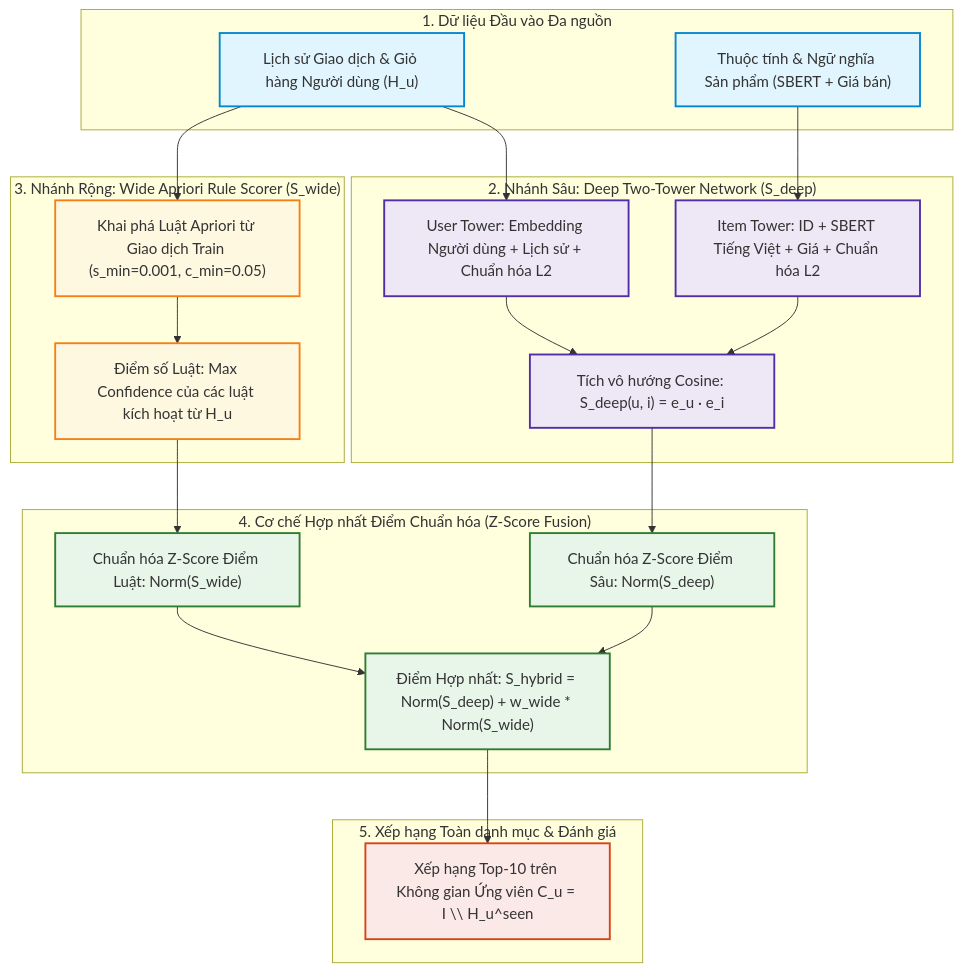
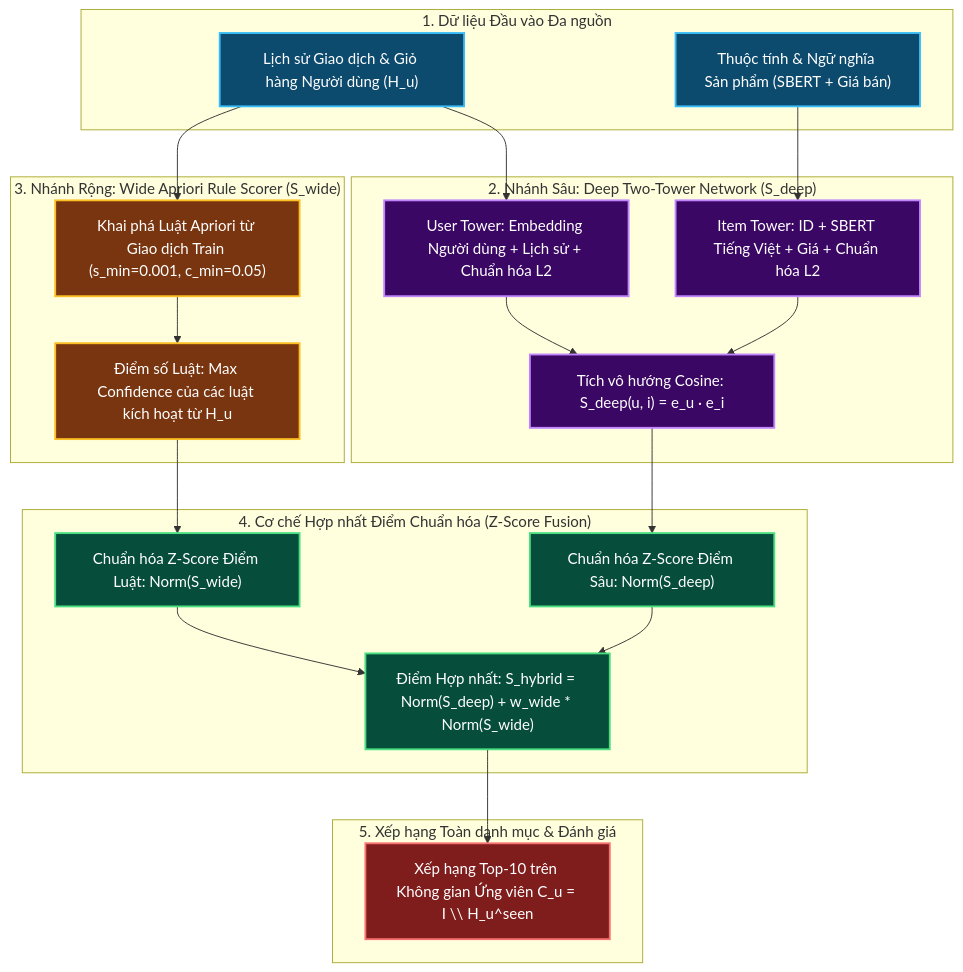
The diagram in thesis/paper/overview/paper-executive-summary.md (PhatNguyenTT2/Mini-Mart), drawn with Mermaid before and after one commit. The commit also changed 1 other file, not shown here.

Commit message:
fix font in mermaid

````diff
--- a/thesis/paper/overview/paper-executive-summary.md
+++ b/thesis/paper/overview/paper-executive-summary.md
@@ -17,52 +17,52 @@
 ```mermaid
 graph TD
     subgraph INPUTS ["1. Dữ liệu Đầu vào Đa nguồn"]
         U_IN["Lịch sử Giao dịch & Giỏ hàng Người dùng (H_u)"]
         I_IN["Thuộc tính & Ngữ nghĩa Sản phẩm (SBERT + Giá bán)"]
     end
 
     subgraph DEEP_TOWER ["2. Nhánh Sâu: Deep Two-Tower Network (S_deep)"]
         UT["User Tower: Embedding Người dùng + Lịch sử + Chuẩn hóa L2"]
         IT["Item Tower: ID + SBERT Tiếng Việt + Giá + Chuẩn hóa L2"]
         DOT["Tích vô hướng Cosine: S_deep(u, i) = e_u · e_i"]
         U_IN --> UT
         I_IN --> IT
         UT --> DOT
         IT --> DOT
     end
 
     subgraph WIDE_RULE ["3. Nhánh Rộng: Wide Apriori Rule Scorer (S_wide)"]
         AR["Khai phá Luật Apriori từ Giao dịch Train (s_min=0.001, c_min=0.05)"]
         MC["Điểm số Luật: Max Confidence của các luật kích hoạt từ H_u"]
         U_IN --> AR
         AR --> MC
     end
 
     subgraph FUSION ["4. Cơ chế Hợp nhất Điểm Chuẩn hóa (Z-Score Fusion)"]
         NORM_DEEP["Chuẩn hóa Z-Score Điểm Sâu: Norm(S_deep)"]
         NORM_WIDE["Chuẩn hóa Z-Score Điểm Luật: Norm(S_wide)"]
         HYBRID["Điểm Hợp nhất: S_hybrid = Norm(S_deep) + w_wide * Norm(S_wide)"]
         DOT --> NORM_DEEP
         MC --> NORM_WIDE
         NORM_DEEP --> HYBRID
         NORM_WIDE --> HYBRID
     end
 
     subgraph OUTPUT ["5. Xếp hạng Toàn danh mục & Đánh giá"]
         RANK["Xếp hạng Top-10 trên Không gian Ứng viên C_u = I \\ H_u^seen"]
         HYBRID --> RANK
     end
 
-    classDef default fill:#fcfcfc,stroke:#455a64,stroke-width:1px;
-    classDef inputNode fill:#e1f5fe,stroke:#0288d1,stroke-width:2px;
-    classDef deepNode fill:#ede7f6,stroke:#512da8,stroke-width:2px;
-    classDef wideNode fill:#fff8e1,stroke:#f57f17,stroke-width:2px;
-    classDef fusionNode fill:#e8f5e9,stroke:#2e7d32,stroke-width:2px;
-    classDef rankNode fill:#fbe9e7,stroke:#d84315,stroke-width:2px;
+    classDef default fill:#1e293b,stroke:#64748b,stroke-width:1.5px,color:#ffffff;
+    classDef inputNode fill:#0c4a6e,stroke:#38bdf8,stroke-width:2px,color:#ffffff;
+    classDef deepNode fill:#3b0764,stroke:#c084fc,stroke-width:2px,color:#ffffff;
+    classDef wideNode fill:#78350f,stroke:#fbbf24,stroke-width:2px,color:#ffffff;
+    classDef fusionNode fill:#064e3b,stroke:#4ade80,stroke-width:2px,color:#ffffff;
+    classDef rankNode fill:#7f1d1d,stroke:#f87171,stroke-width:2px,color:#ffffff;
 
     class U_IN,I_IN inputNode;
     class UT,IT,DOT deepNode;
     class AR,MC wideNode;
     class NORM_DEEP,NORM_WIDE,HYBRID fusionNode;
     class RANK rankNode;
 ```
````
